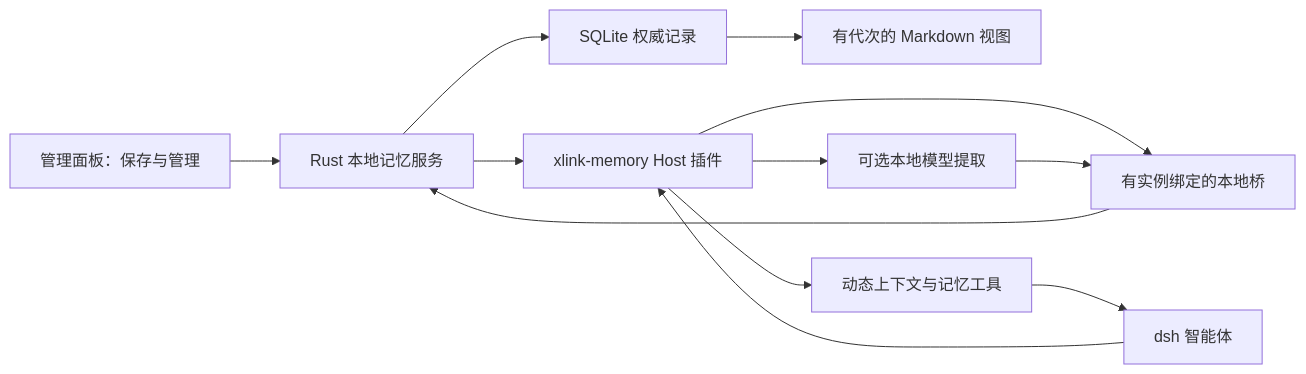
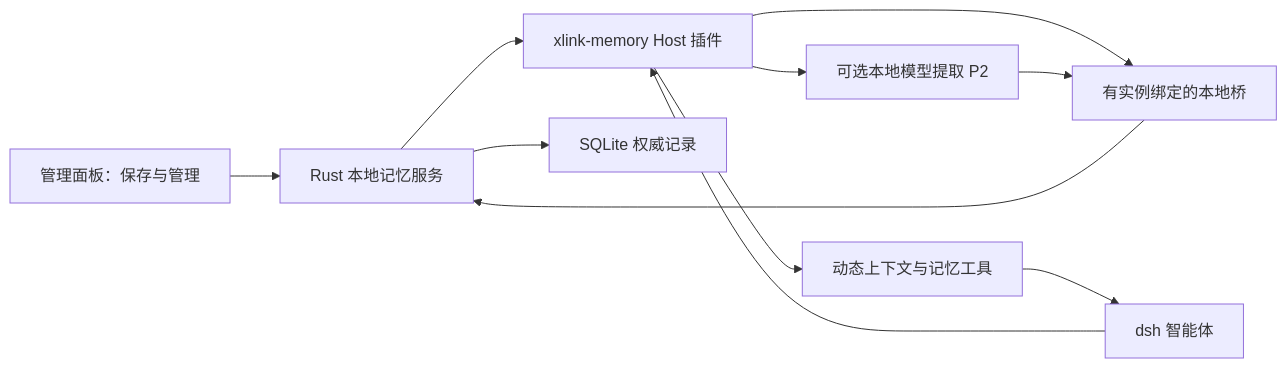
The diagram in docs/features/memory/dsh-xlink-memory-design.md (July-X/dsh-xlink), drawn with Mermaid before and after one commit. The commit also changed other lines of this file and 2 other files, not shown here.

````diff
--- a/docs/features/memory/dsh-xlink-memory-design.md
+++ b/docs/features/memory/dsh-xlink-memory-design.md
@@ -83,14 +87,13 @@
 ```mermaid
 flowchart LR
     U[管理面板：保存与管理] --> R[Rust 本地记忆服务]
     A[dsh 智能体] --> P[xlink-memory Host 插件]
     P --> B[有实例绑定的本地桥]
     B --> R
     R --> DB[SQLite 权威记录]
-    DB --> V[有代次的 Markdown 视图]
     R --> P
     P --> C[动态上下文与记忆工具]
     C --> A
-    P --> Q[可选本地模型提取]
+    P --> Q[可选本地模型提取 P2]
     Q --> B
 ```
````
